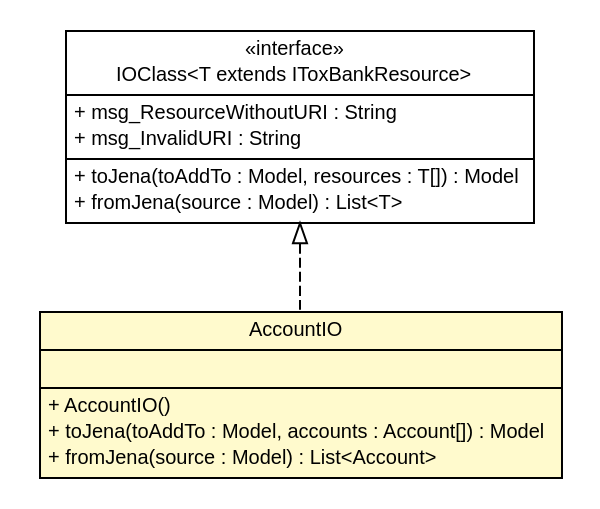
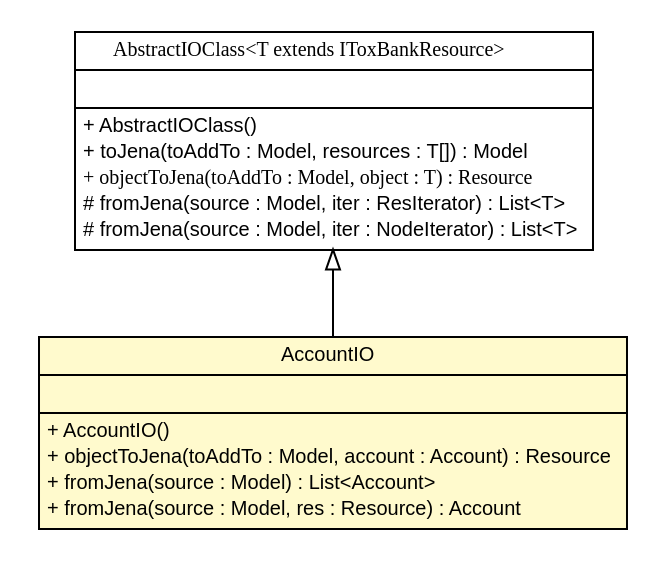
One commit to ToxBank/toxbank-api-beans changed the diagram in apidocs/net/toxbank/client/io/rdf/AccountIO.dot. Above: the diagram before and after it, drawn with Graphviz. The commit also changed 272 other files, not shown here.

```diff
--- a/apidocs/net/toxbank/client/io/rdf/AccountIO.dot
+++ b/apidocs/net/toxbank/client/io/rdf/AccountIO.dot
@@ -1,41 +1,43 @@
 #!/usr/local/bin/dot
 #
 # Class diagram 
 # Generated by UmlGraph version 4.6 (http://www.spinellis.gr/sw/umlgraph)
 #
 
 digraph G {
 	edge [fontname="arial",fontsize=10,labelfontname="arial",labelfontsize=10];
 	node [fontname="arial",fontsize=10,shape=plaintext];
-	// net.toxbank.client.io.rdf.IOClass<T extends net.toxbank.client.resource.IToxBankResource>
-	c458 [label=<<table border="0" cellborder="1" cellspacing="0" cellpadding="2" port="p" href="./IOClass.html">
-		<tr><td><table border="0" cellspacing="0" cellpadding="1">
-			<tr><td> &laquo;interface&raquo; </td></tr>
-			<tr><td> IOClass&lt;T extends IToxBankResource&gt; </td></tr>
-		</table></td></tr>
-		<tr><td><table border="0" cellspacing="0" cellpadding="1">
-			<tr><td align="left"> + msg_ResourceWithoutURI : String </td></tr>
-			<tr><td align="left"> + msg_InvalidURI : String </td></tr>
-		</table></td></tr>
-		<tr><td><table border="0" cellspacing="0" cellpadding="1">
-			<tr><td align="left"> + toJena(toAddTo : Model, resources : T[]) : Model </td></tr>
-			<tr><td align="left"> + fromJena(source : Model) : List&lt;T&gt; </td></tr>
-		</table></td></tr>
-		</table>>, fontname="arial", fontcolor="black", fontsize=10.0];
 	// net.toxbank.client.io.rdf.AccountIO
-	c462 [label=<<table border="0" cellborder="1" cellspacing="0" cellpadding="2" port="p" bgcolor="lemonChiffon" href="./AccountIO.html">
+	c494 [label=<<table border="0" cellborder="1" cellspacing="0" cellpadding="2" port="p" bgcolor="lemonChiffon" href="./AccountIO.html">
 		<tr><td><table border="0" cellspacing="0" cellpadding="1">
 			<tr><td> AccountIO </td></tr>
 		</table></td></tr>
 		<tr><td><table border="0" cellspacing="0" cellpadding="1">
 			<tr><td align="left">  </td></tr>
 		</table></td></tr>
 		<tr><td><table border="0" cellspacing="0" cellpadding="1">
 			<tr><td align="left"> + AccountIO() </td></tr>
-			<tr><td align="left"> + toJena(toAddTo : Model, accounts : Account[]) : Model </td></tr>
+			<tr><td align="left"> + objectToJena(toAddTo : Model, account : Account) : Resource </td></tr>
 			<tr><td align="left"> + fromJena(source : Model) : List&lt;Account&gt; </td></tr>
+			<tr><td align="left"> + fromJena(source : Model, res : Resource) : Account </td></tr>
 		</table></td></tr>
 		</table>>, fontname="arial", fontcolor="black", fontsize=10.0];
-	//net.toxbank.client.io.rdf.AccountIO implements net.toxbank.client.io.rdf.IOClass<T extends net.toxbank.client.resource.IToxBankResource>
-	c458:p -> c462:p [dir=back,arrowtail=empty,style=dashed];
+	// net.toxbank.client.io.rdf.AbstractIOClass<T extends net.toxbank.client.resource.IToxBankResource>
+	c495 [label=<<table border="0" cellborder="1" cellspacing="0" cellpadding="2" port="p" href="./AbstractIOClass.html">
+		<tr><td><table border="0" cellspacing="0" cellpadding="1">
+			<tr><td><font face="ariali"> AbstractIOClass&lt;T extends IToxBankResource&gt; </font></td></tr>
+		</table></td></tr>
+		<tr><td><table border="0" cellspacing="0" cellpadding="1">
+			<tr><td align="left">  </td></tr>
+		</table></td></tr>
+		<tr><td><table border="0" cellspacing="0" cellpadding="1">
+			<tr><td align="left"> + AbstractIOClass() </td></tr>
+			<tr><td align="left"> + toJena(toAddTo : Model, resources : T[]) : Model </td></tr>
+			<tr><td align="left"><font face="ariali" point-size="10.0"> + objectToJena(toAddTo : Model, object : T) : Resource </font></td></tr>
+			<tr><td align="left"> # fromJena(source : Model, iter : ResIterator) : List&lt;T&gt; </td></tr>
+			<tr><td align="left"> # fromJena(source : Model, iter : NodeIterator) : List&lt;T&gt; </td></tr>
+		</table></td></tr>
+		</table>>, fontname="arial", fontcolor="black", fontsize=10.0];
+	//net.toxbank.client.io.rdf.AccountIO extends net.toxbank.client.io.rdf.AbstractIOClass<net.toxbank.client.resource.Account>
+	c495:p -> c494:p [dir=back,arrowtail=empty];
 }
```
